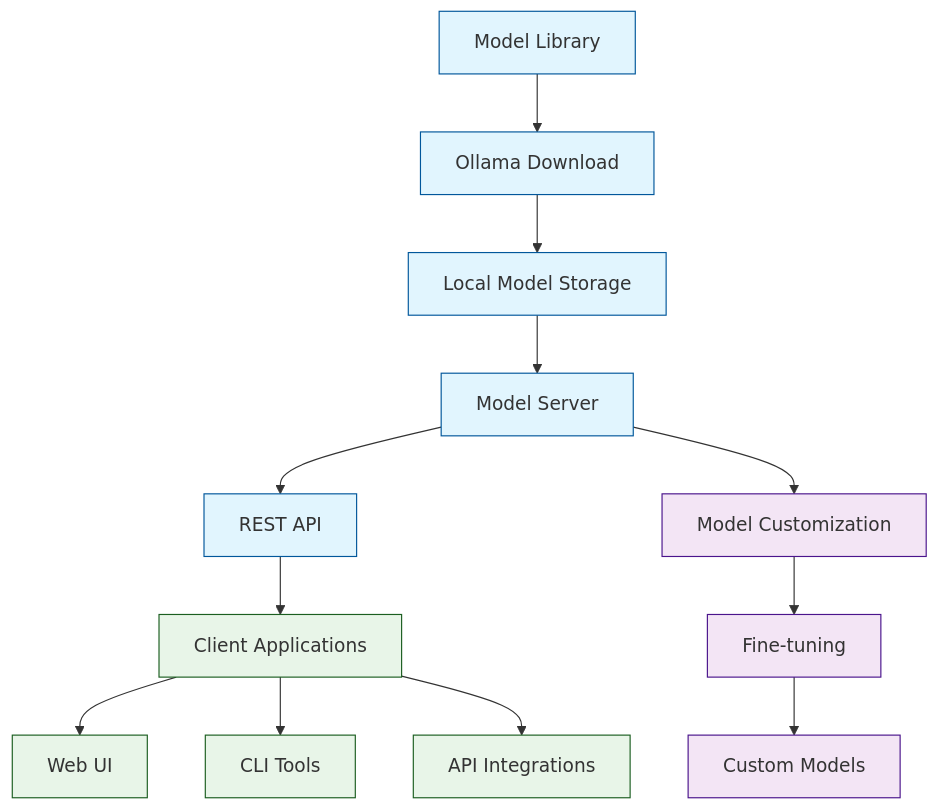
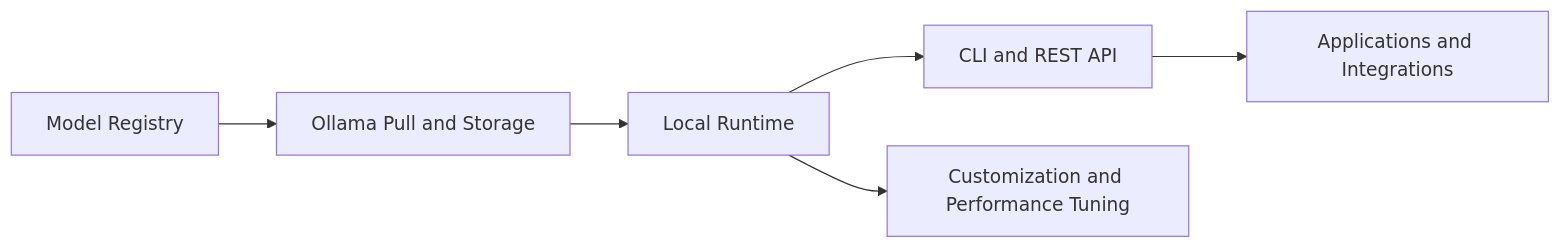
Before and after one commit to johnxie/awesome-code-docs: the diagram in tutorials/ollama-tutorial/index.md, drawn with Mermaid. The commit also changed other lines of this file and 6 other files, not shown here.

````diff
--- a/tutorials/ollama-tutorial/index.md
+++ b/tutorials/ollama-tutorial/index.md
@@ -19,24 +38,8 @@
 ```mermaid
-flowchart TD
-    A[Model Library] --> B[Ollama Download]
-    B --> C[Local Model Storage]
-    C --> D[Model Server]
-    D --> E[REST API]
-    E --> F[Client Applications]
-
-    D --> G[Model Customization]
-    G --> H[Fine-tuning]
-    H --> I[Custom Models]
-
-    F --> J[Web UI]
-    F --> K[CLI Tools]
-    F --> L[API Integrations]
-
-    classDef core fill:#e1f5fe,stroke:#01579b
-    classDef customization fill:#f3e5f5,stroke:#4a148c
-    classDef applications fill:#e8f5e8,stroke:#1b5e20
-
-    class A,B,C,D,E core
-    class G,H,I customization
-    class F,J,K,L applications
+flowchart LR
+    A[Model Registry] --> B[Ollama Pull and Storage]
+    B --> C[Local Runtime]
+    C --> D[CLI and REST API]
+    D --> E[Applications and Integrations]
+    C --> F[Customization and Performance Tuning]
 ```
````
